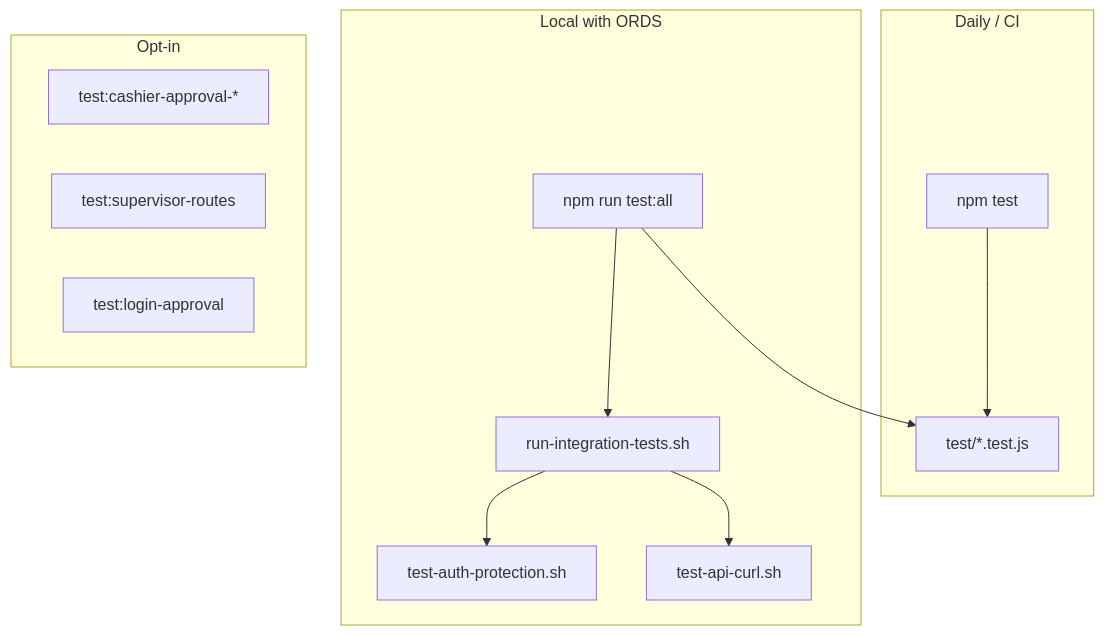
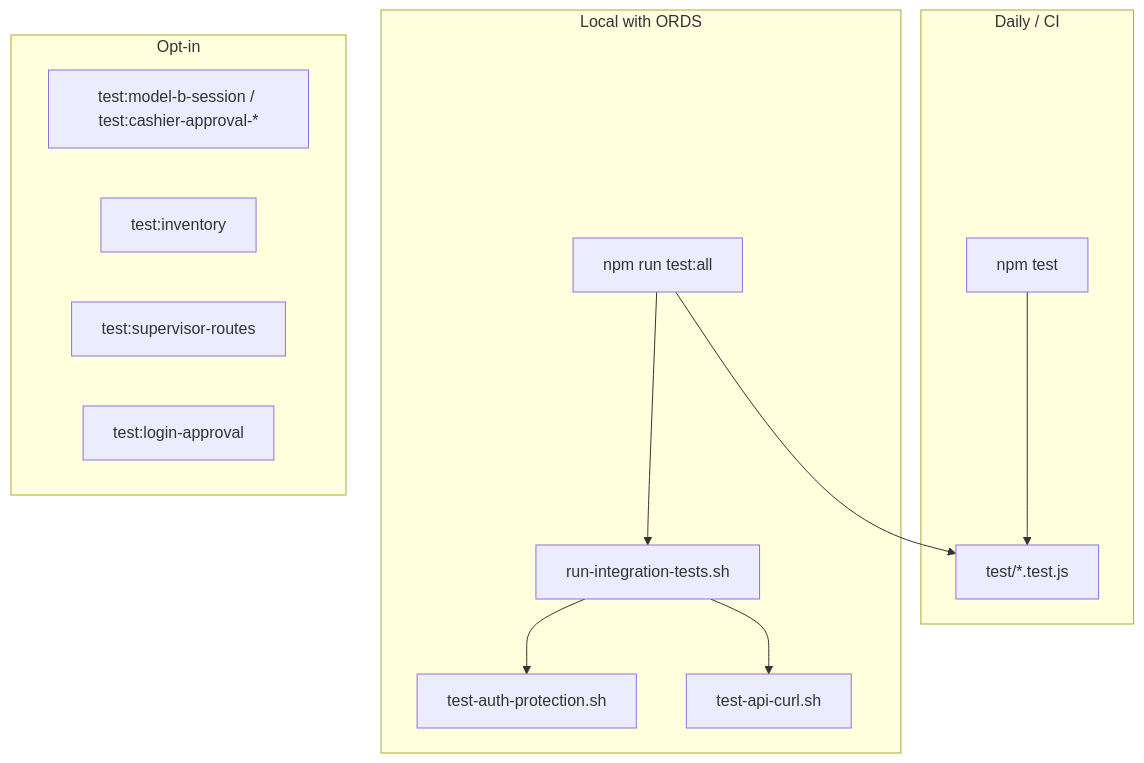
One commit to ltm893/cloud-store-893 changed the diagram in docs/testing.md. Above: the diagram before and after it, drawn with Mermaid. The commit also changed other lines of this file and 33 other files, not shown here.

First line of the commit message:
Add inventory tracking, bulk bean depletion, and test coverage.

````diff
--- a/docs/testing.md
+++ b/docs/testing.md
@@ -19,25 +19,26 @@
 ```mermaid
 flowchart TB
   subgraph daily ["Daily / CI"]
     npm_test["npm test"]
     unit["test/*.test.js"]
     npm_test --> unit
   end
 
   subgraph local ["Local with ORDS"]
     test_all["npm run test:all"]
     integ["run-integration-tests.sh"]
     auth["test-auth-protection.sh"]
     api["test-api-curl.sh"]
     test_all --> unit
     test_all --> integ
     integ --> auth
     integ --> api
   end
 
   subgraph optin ["Opt-in"]
-    modelB["test:cashier-approval-*"]
+    modelB["test:model-b-session / test:cashier-approval-*"]
+    inventory["test:inventory"]
     supervisor["test:supervisor-routes"]
     ordsLib["test:login-approval"]
   end
 ```
````
